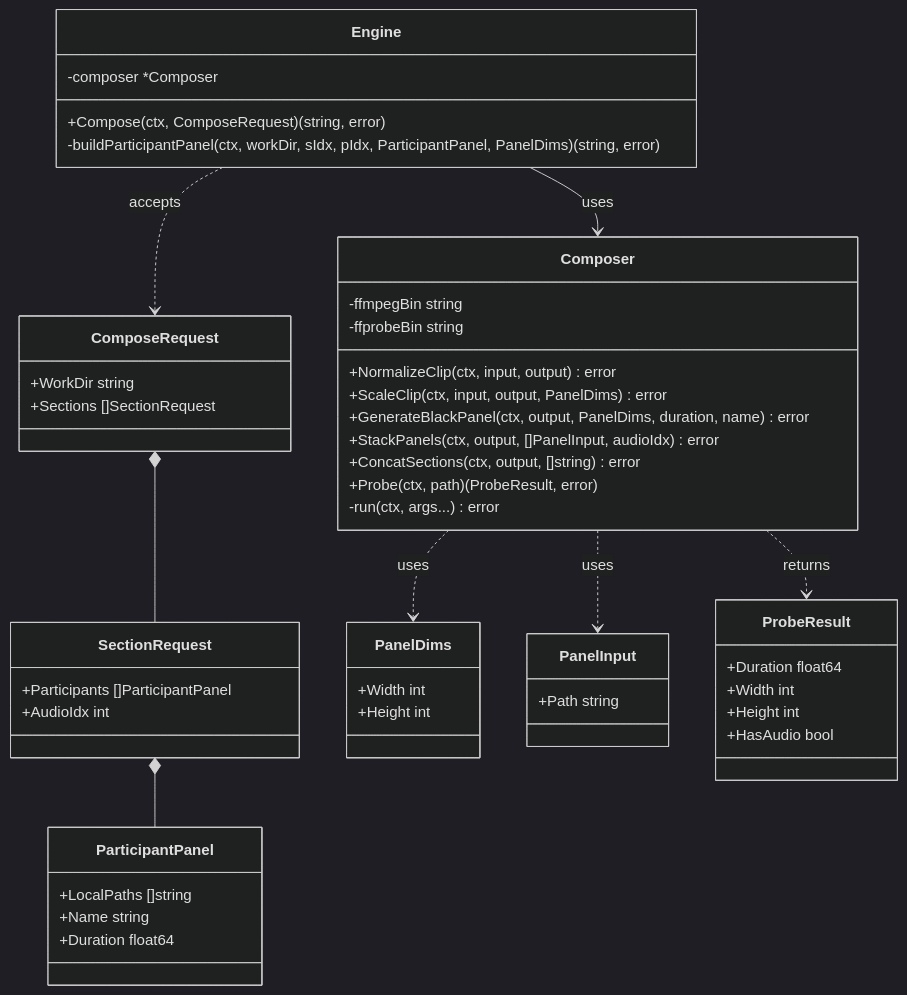
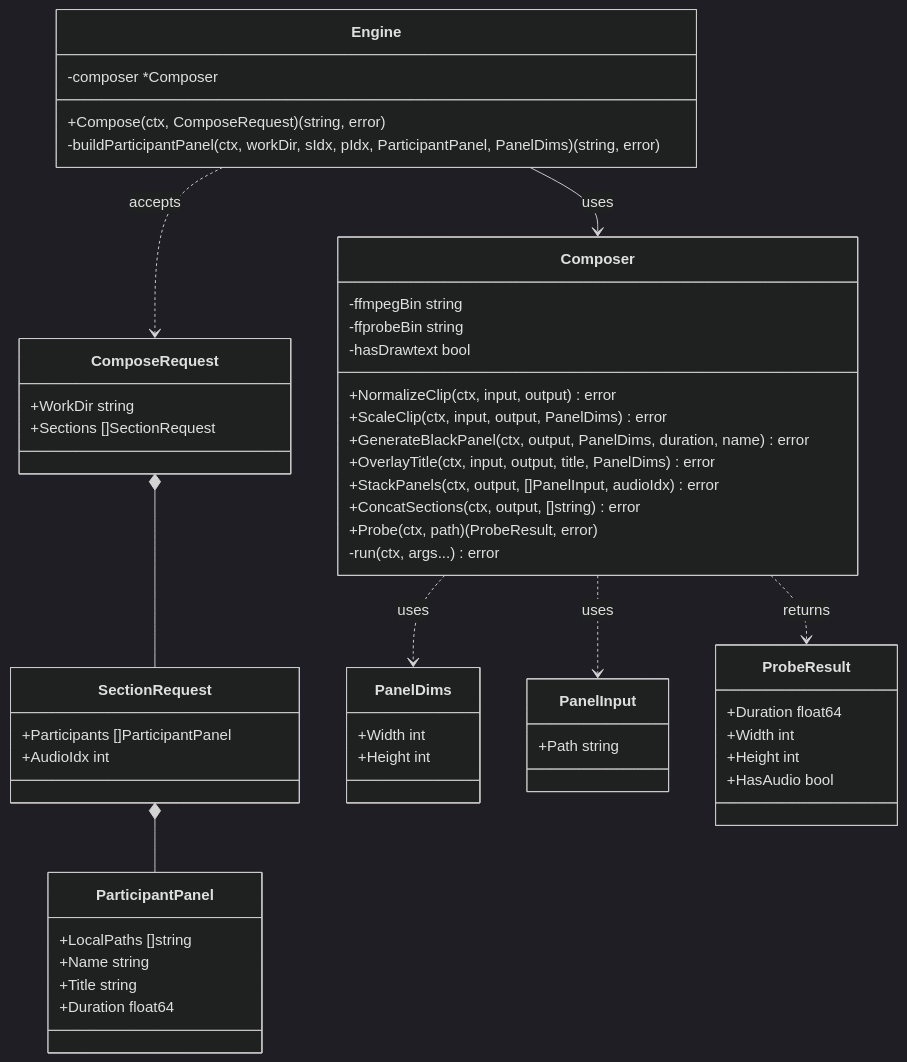
One commit to byuly/velo changed the first of 3 diagrams in server/internal/ffmpeg/ARCHITECTURE.md. Above: the diagram before and after it, drawn with Mermaid (dark theme). The commit also changed other lines of this file, not shown here.

Commit message:
docs: update FFmpeg architecture diagram with OverlayTitle

````diff
--- a/server/internal/ffmpeg/ARCHITECTURE.md
+++ b/server/internal/ffmpeg/ARCHITECTURE.md
@@ -7,60 +7,63 @@
 ```mermaid
 classDiagram
     class Engine {
         -composer *Composer
         +Compose(ctx, ComposeRequest) (string, error)
         -buildParticipantPanel(ctx, workDir, sIdx, pIdx, ParticipantPanel, PanelDims) (string, error)
     }
 
     class Composer {
         -ffmpegBin string
         -ffprobeBin string
+        -hasDrawtext bool
         +NormalizeClip(ctx, input, output) error
         +ScaleClip(ctx, input, output, PanelDims) error
         +GenerateBlackPanel(ctx, output, PanelDims, duration, name) error
+        +OverlayTitle(ctx, input, output, title, PanelDims) error
         +StackPanels(ctx, output, []PanelInput, audioIdx) error
         +ConcatSections(ctx, output, []string) error
         +Probe(ctx, path) (ProbeResult, error)
         -run(ctx, args...) error
     }
 
     class ComposeRequest {
         +WorkDir string
         +Sections []SectionRequest
     }
 
     class SectionRequest {
         +Participants []ParticipantPanel
         +AudioIdx int
     }
 
     class ParticipantPanel {
         +LocalPaths []string
         +Name string
+        +Title string
         +Duration float64
     }
 
     class PanelDims {
         +Width int
         +Height int
     }
 
     class PanelInput {
         +Path string
     }
 
     class ProbeResult {
         +Duration float64
         +Width int
         +Height int
         +HasAudio bool
     }
 
     Engine --> Composer : uses
     Engine ..> ComposeRequest : accepts
     ComposeRequest *-- SectionRequest
     SectionRequest *-- ParticipantPanel
     Composer ..> PanelDims : uses
     Composer ..> PanelInput : uses
     Composer ..> ProbeResult : returns
 ```
````
